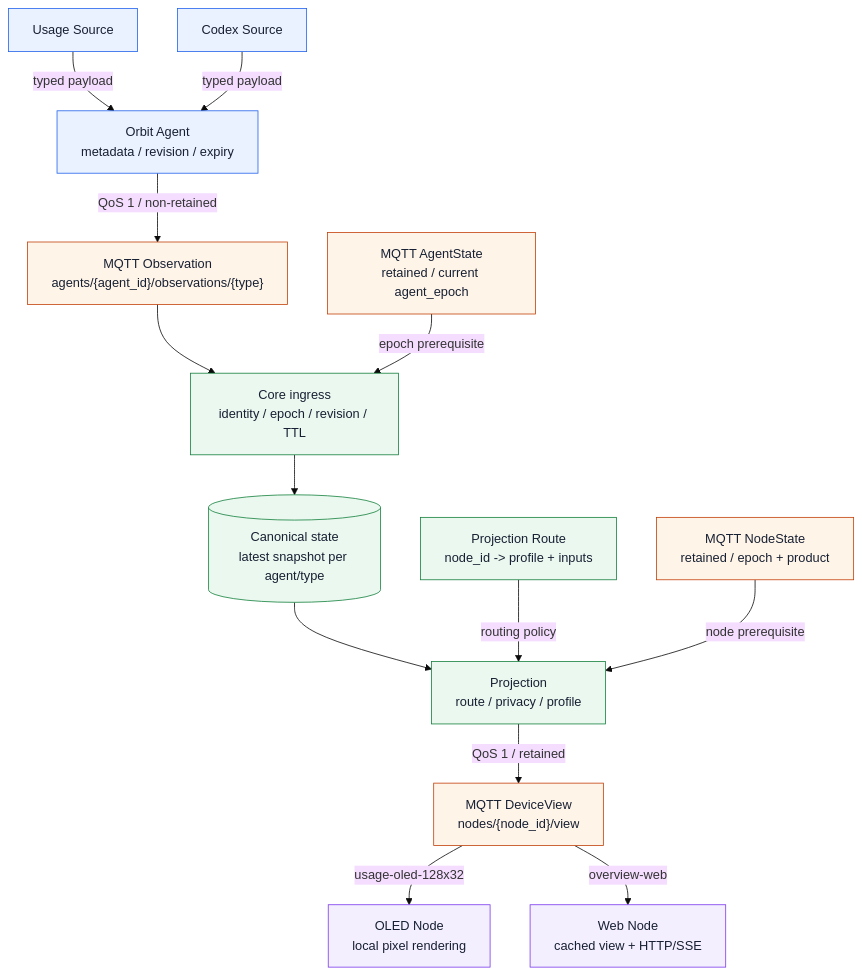
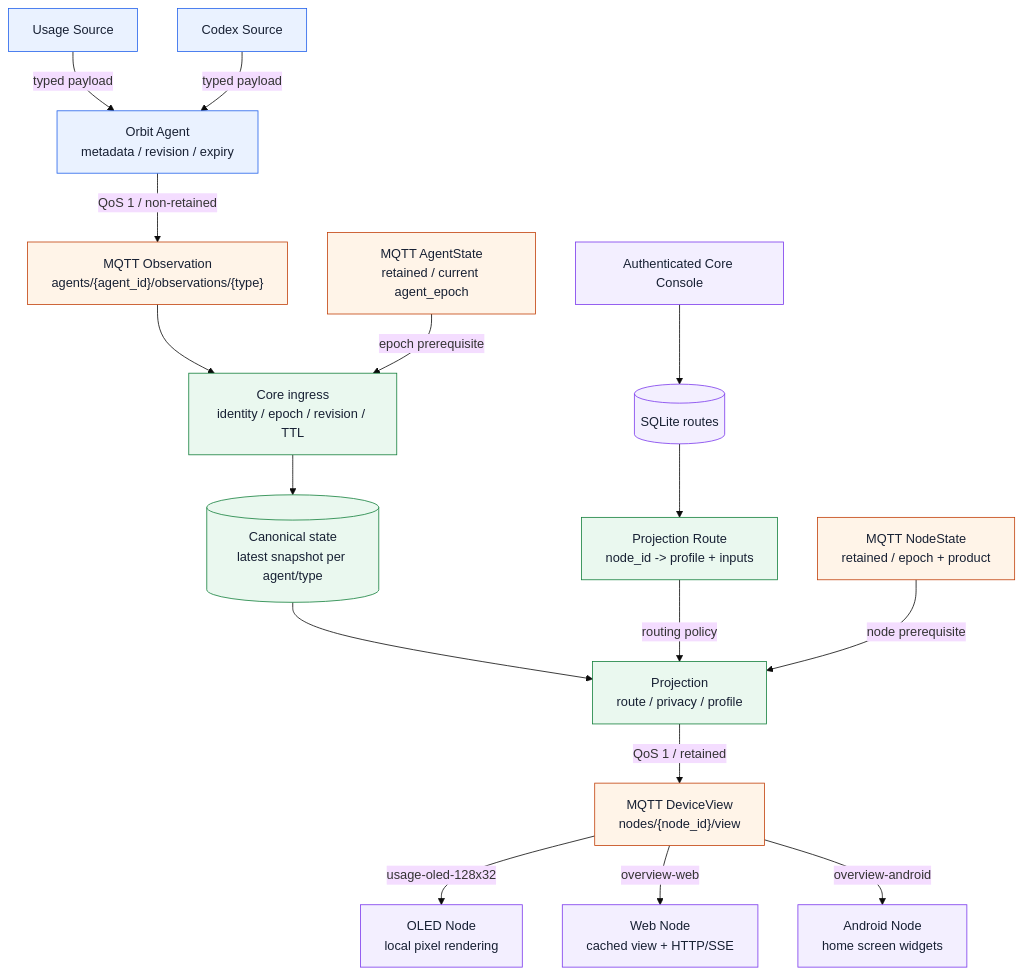
Before and after one commit to leowzz/orbit: the first of 2 diagrams in README.md, drawn with Mermaid (base theme). The commit also changed other lines of this file, not shown here.

Commit message:
Document Core console, Android nodes, and deployment setup

````diff
--- a/README.md
+++ b/README.md
@@ -11,24 +22,26 @@
 ```mermaid
 flowchart TB
     Usage["Usage Source"] -->|"typed payload"| Agent["Orbit Agent<br/>metadata / revision / expiry"]
     Codex["Codex Source"] -->|"typed payload"| Agent
     Agent -->|"QoS 1 / non-retained"| Observation["MQTT Observation<br/>agents/{agent_id}/observations/{type}"]
     Observation --> Ingress["Core ingress<br/>identity / epoch / revision / TTL"]
     AgentState["MQTT AgentState<br/>retained / current agent_epoch"] -->|"epoch prerequisite"| Ingress
     Ingress --> Canonical[("Canonical state<br/>latest snapshot per agent/type")]
     Canonical --> Projector["Projection<br/>route / privacy / profile"]
-    Route["Projection Route<br/>node_id -> profile + inputs"] -->|"routing policy"| Projector
+    Console["Authenticated Core Console"] --> SQLite[("SQLite routes")]
+    SQLite --> Route["Projection Route<br/>node_id -> profile + inputs"] -->|"routing policy"| Projector
     NodeState["MQTT NodeState<br/>retained / epoch + product"] -->|"node prerequisite"| Projector
     Projector -->|"QoS 1 / retained"| View["MQTT DeviceView<br/>nodes/{node_id}/view"]
     View -->|"usage-oled-128x32"| OLED["OLED Node<br/>local pixel rendering"]
     View -->|"overview-web"| Web["Web Node<br/>cached view + HTTP/SSE"]
+    View -->|"overview-android"| Android["Android Node<br/>home screen widgets"]
 
     classDef host fill:#eaf2ff,stroke:#2563eb,color:#172033
     classDef topic fill:#fff4e8,stroke:#c2410c,color:#172033
     classDef core fill:#eaf8ef,stroke:#15803d,color:#172033
     classDef node fill:#f3efff,stroke:#7c3aed,color:#172033
     class Usage,Codex,Agent host
     class Observation,AgentState,NodeState,View topic
     class Ingress,Canonical,Projector,Route core
-    class OLED,Web node
+    class OLED,Web,Android node
 ```
````
